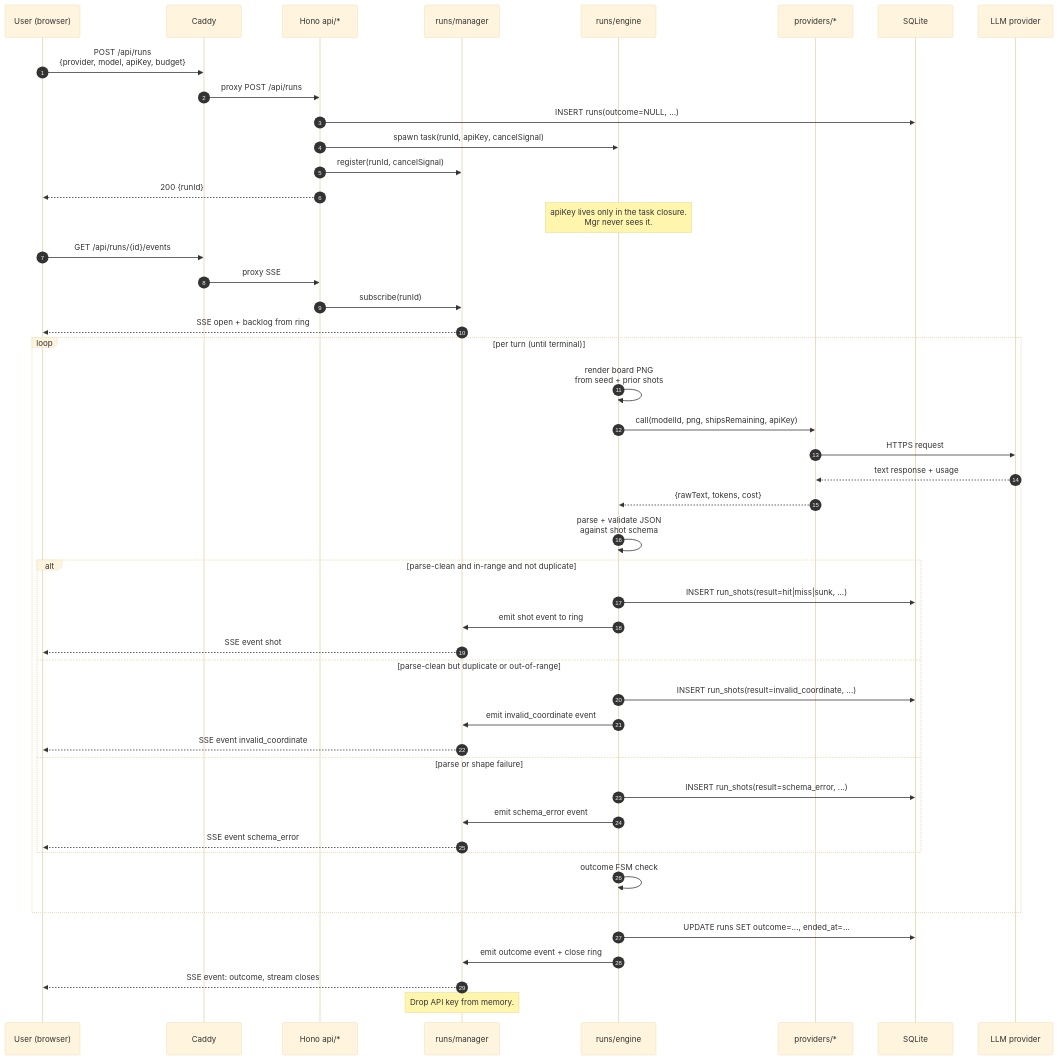
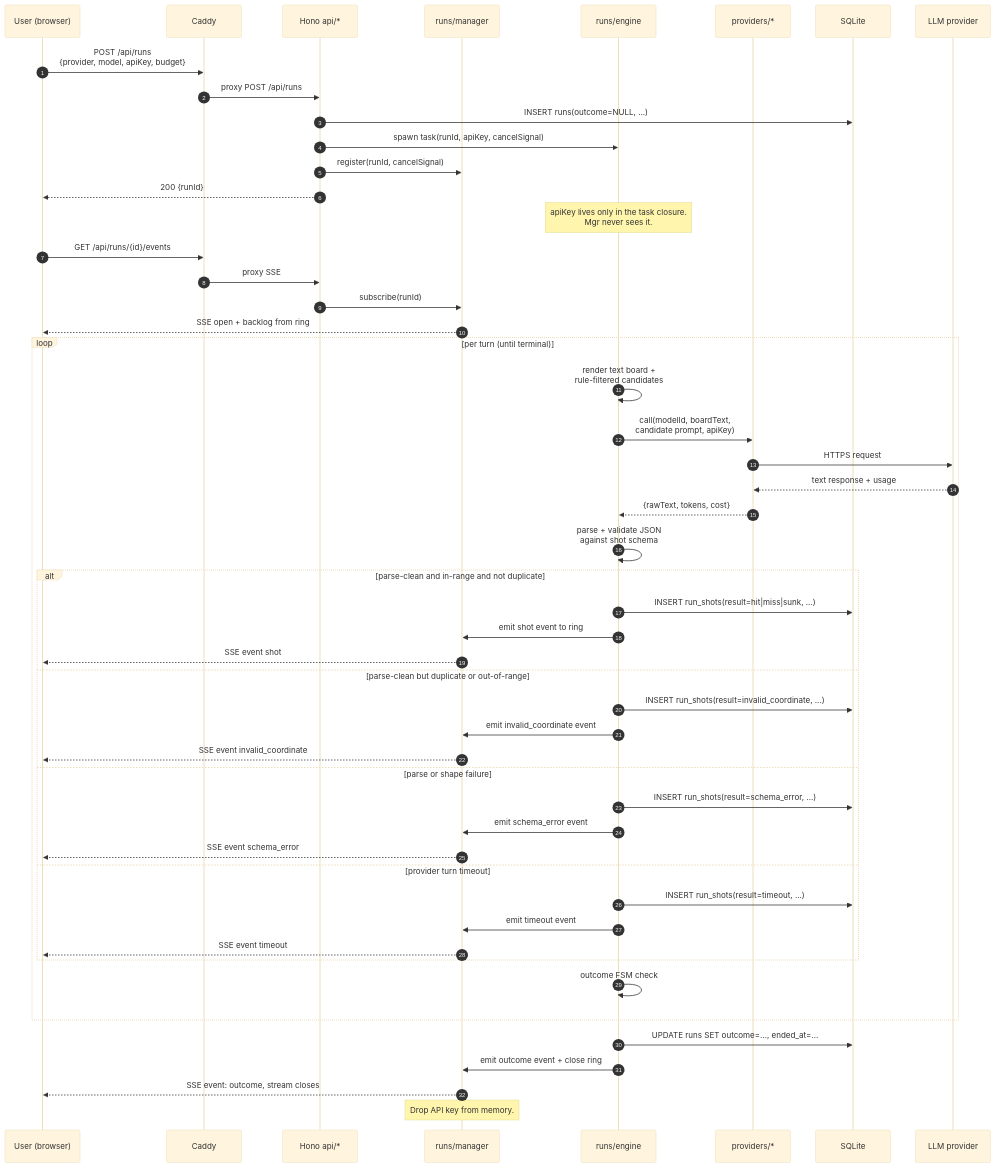
One commit to itechmeat/battleship-arena changed the sixth of 10 diagrams in docs/architecture.md. Above: the diagram before and after it, drawn with Mermaid (base theme). The commit also changed other lines of this file and 103 other files, not shown here.

Commit message:
feat: add reasoning-run-mode, zai provider, and game UX refinements

````diff
--- a/docs/architecture.md
+++ b/docs/architecture.md
@@ -174,53 +176,57 @@
 ```mermaid
 sequenceDiagram
   autonumber
   participant User as User (browser)
   participant Caddy as Caddy
   participant Api as Hono api/*
   participant Mgr as runs/manager
   participant Eng as runs/engine
   participant Prov as providers/*
   participant DB as SQLite
   participant LLM as LLM provider
 
   User->>Caddy: POST /api/runs<br/>{provider, model, apiKey, budget}
   Caddy->>Api: proxy POST /api/runs
   Api->>DB: INSERT runs(outcome=NULL, ...)
   Api->>Eng: spawn task(runId, apiKey, cancelSignal)
   Api->>Mgr: register(runId, cancelSignal)
   Api-->>User: 200 {runId}
   Note over Eng: apiKey lives only in the task closure.<br/>Mgr never sees it.
 
   User->>Caddy: GET /api/runs/{id}/events
   Caddy->>Api: proxy SSE
   Api->>Mgr: subscribe(runId)
   Mgr-->>User: SSE open + backlog from ring
 
   loop per turn (until terminal)
-    Eng->>Eng: render board PNG<br/>from seed + prior shots
-    Eng->>Prov: call(modelId, png, shipsRemaining, apiKey)
+    Eng->>Eng: render text board +<br/>rule-filtered candidates
+    Eng->>Prov: call(modelId, boardText,<br/>candidate prompt, apiKey)
     Prov->>LLM: HTTPS request
     LLM-->>Prov: text response + usage
     Prov-->>Eng: {rawText, tokens, cost}
     Eng->>Eng: parse + validate JSON<br/>against shot schema
     alt parse-clean and in-range and not duplicate
       Eng->>DB: INSERT run_shots(result=hit|miss|sunk, ...)
       Eng->>Mgr: emit shot event to ring
       Mgr-->>User: SSE event shot
     else parse-clean but duplicate or out-of-range
       Eng->>DB: INSERT run_shots(result=invalid_coordinate, ...)
       Eng->>Mgr: emit invalid_coordinate event
       Mgr-->>User: SSE event invalid_coordinate
     else parse or shape failure
       Eng->>DB: INSERT run_shots(result=schema_error, ...)
       Eng->>Mgr: emit schema_error event
       Mgr-->>User: SSE event schema_error
+    else provider turn timeout
+      Eng->>DB: INSERT run_shots(result=timeout, ...)
+      Eng->>Mgr: emit timeout event
+      Mgr-->>User: SSE event timeout
     end
     Eng->>Eng: outcome FSM check
   end
 
   Eng->>DB: UPDATE runs SET outcome=..., ended_at=...
   Eng->>Mgr: emit outcome event + close ring
   Mgr-->>User: SSE event: outcome, stream closes
   Note over Mgr: Drop API key from memory.
 ```
````
